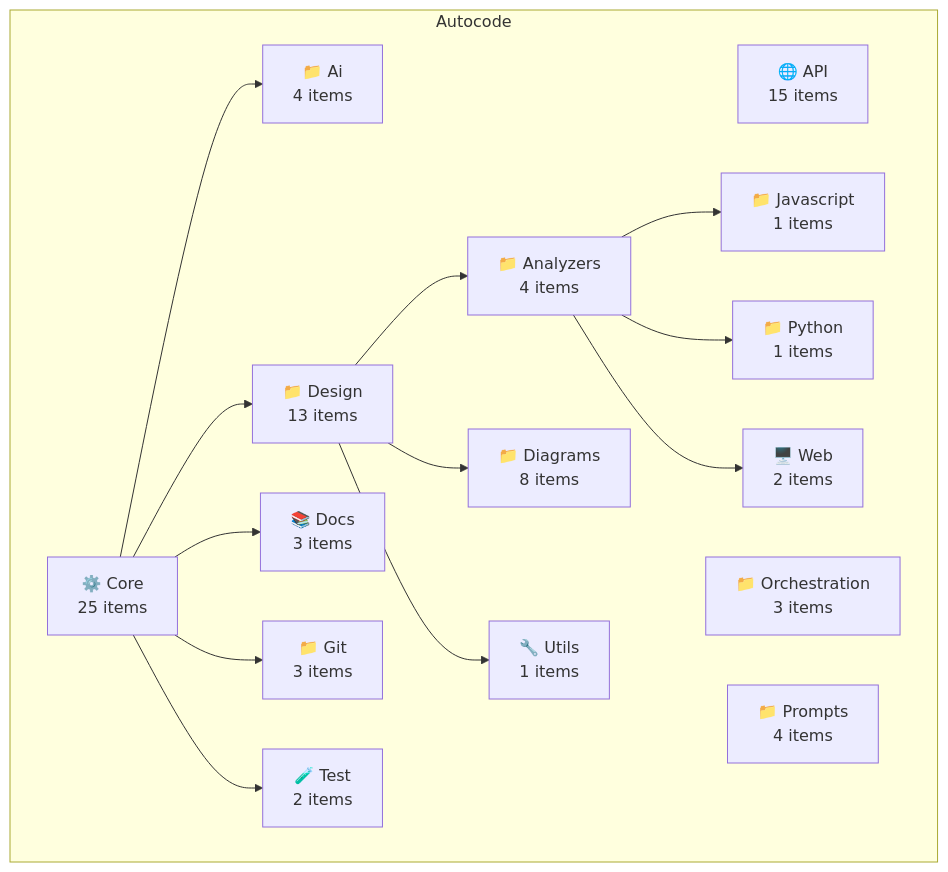
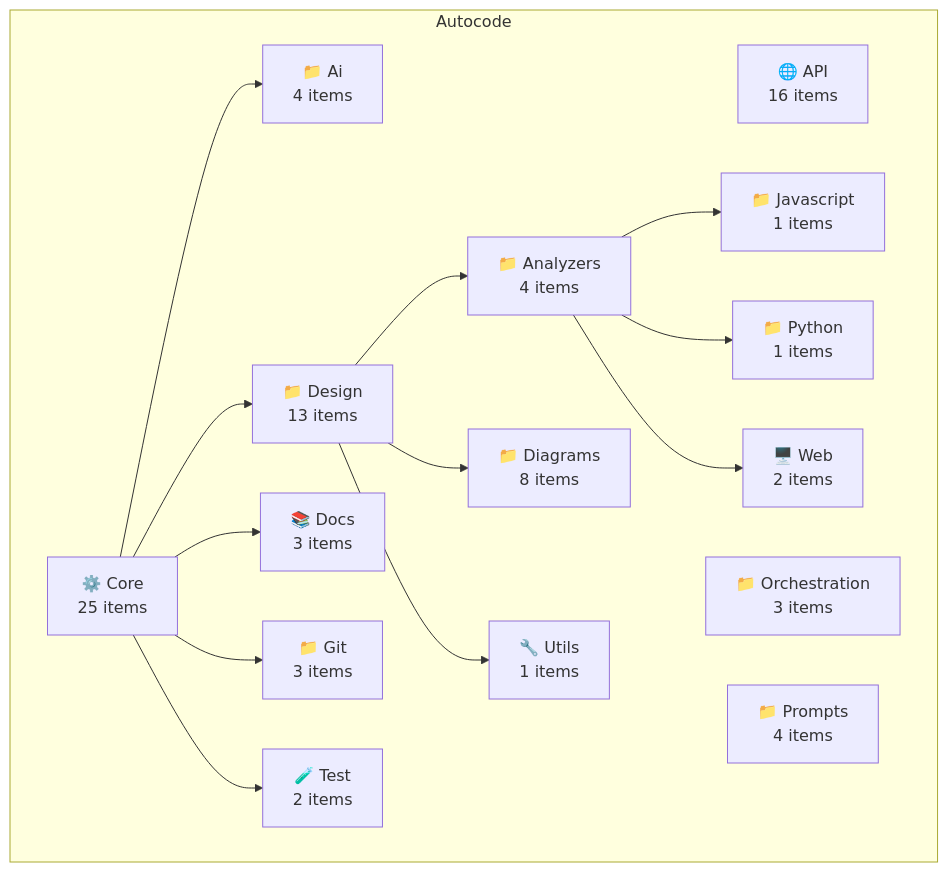
One commit to Brunvelop/autocode changed the diagram in design/autocode/_index.md. Above: the diagram before and after it, drawn with Mermaid. The commit also changed other lines of this file and 22 other files, not shown here.

````diff
--- a/design/autocode/_index.md
+++ b/design/autocode/_index.md
@@ -8,32 +8,32 @@
 ```mermaid
 graph TD
     subgraph "Autocode"
-        M0["🌐 API\n15 items"]
+        M0["🌐 API\n16 items"]
         M1["⚙️ Core\n25 items"]
         M2["📁 Ai\n4 items"]
         M1 --> M2
         M3["📁 Design\n13 items"]
         M1 --> M3
             M4["📁 Analyzers\n4 items"]
             M3 --> M4
                 M5["📁 Javascript\n1 items"]
                 M4 --> M5
                 M6["📁 Python\n1 items"]
                 M4 --> M6
                 M7["🖥️ Web\n2 items"]
                 M4 --> M7
             M8["📁 Diagrams\n8 items"]
             M3 --> M8
             M9["🔧 Utils\n1 items"]
             M3 --> M9
         M10["📚 Docs\n3 items"]
         M1 --> M10
         M11["📁 Git\n3 items"]
         M1 --> M11
         M12["🧪 Test\n2 items"]
         M1 --> M12
         M13["📁 Orchestration\n3 items"]
         M14["📁 Prompts\n4 items"]
     end
 
 ```
````
